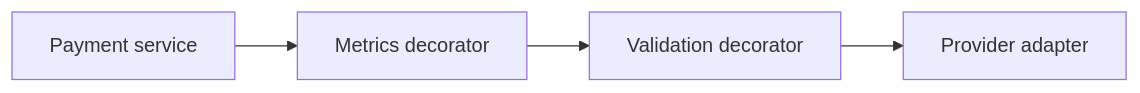
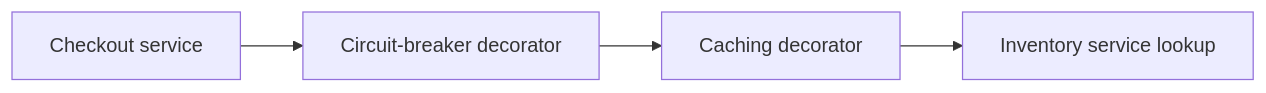
Before and after one commit to taukhir/shopverse: the diagram in documentation/docs/development/design-patterns/decorator.md, drawn with Mermaid. The commit also changed other lines of this file and 77 other files, not shown here.

````diff
--- a/documentation/docs/development/design-patterns/decorator.md
+++ b/documentation/docs/development/design-patterns/decorator.md
@@ -69,6 +76,6 @@
 ```mermaid
 flowchart LR
-    C["Payment service"] --> M["Metrics decorator"]
-    M --> V["Validation decorator"]
-    V --> A["Provider adapter"]
+    C["Checkout service"] --> B["Circuit-breaker decorator"]
+    B --> Ca["Caching decorator"]
+    Ca --> A["Inventory service lookup"]
 ```
````
